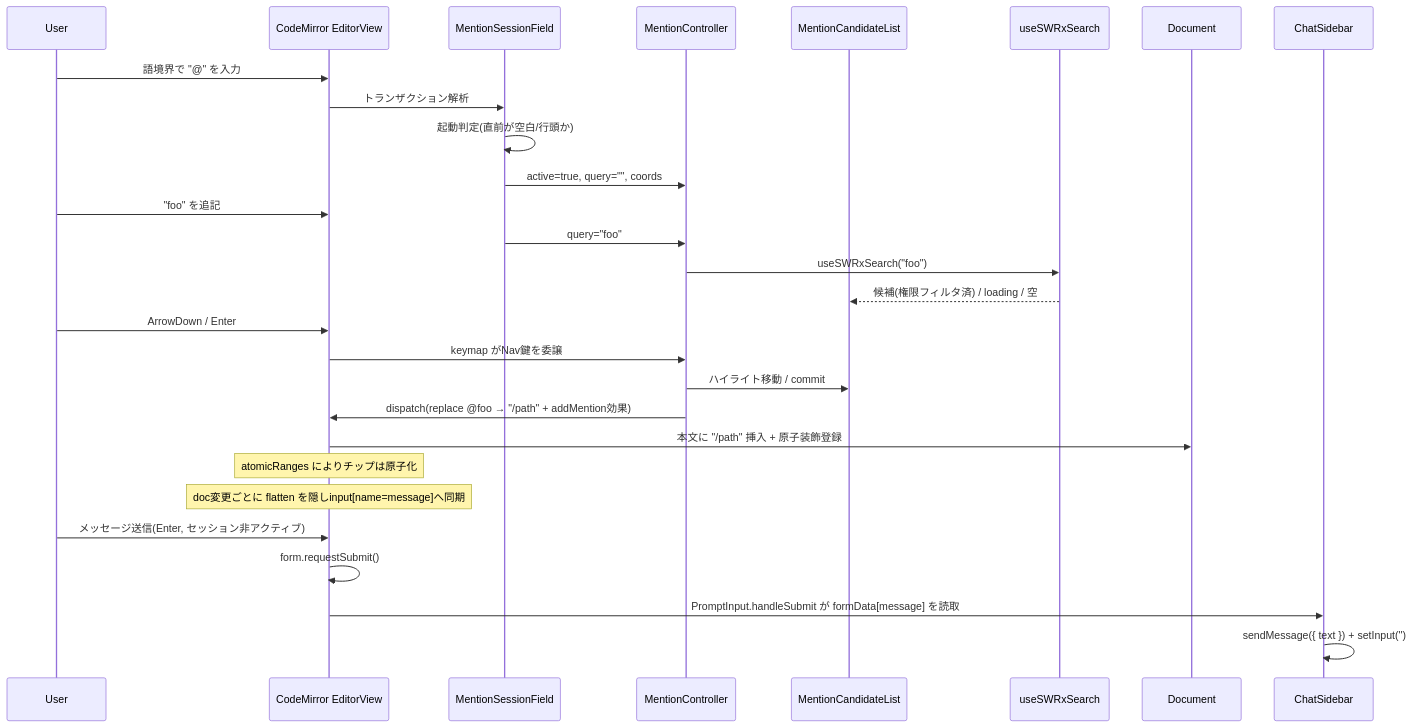
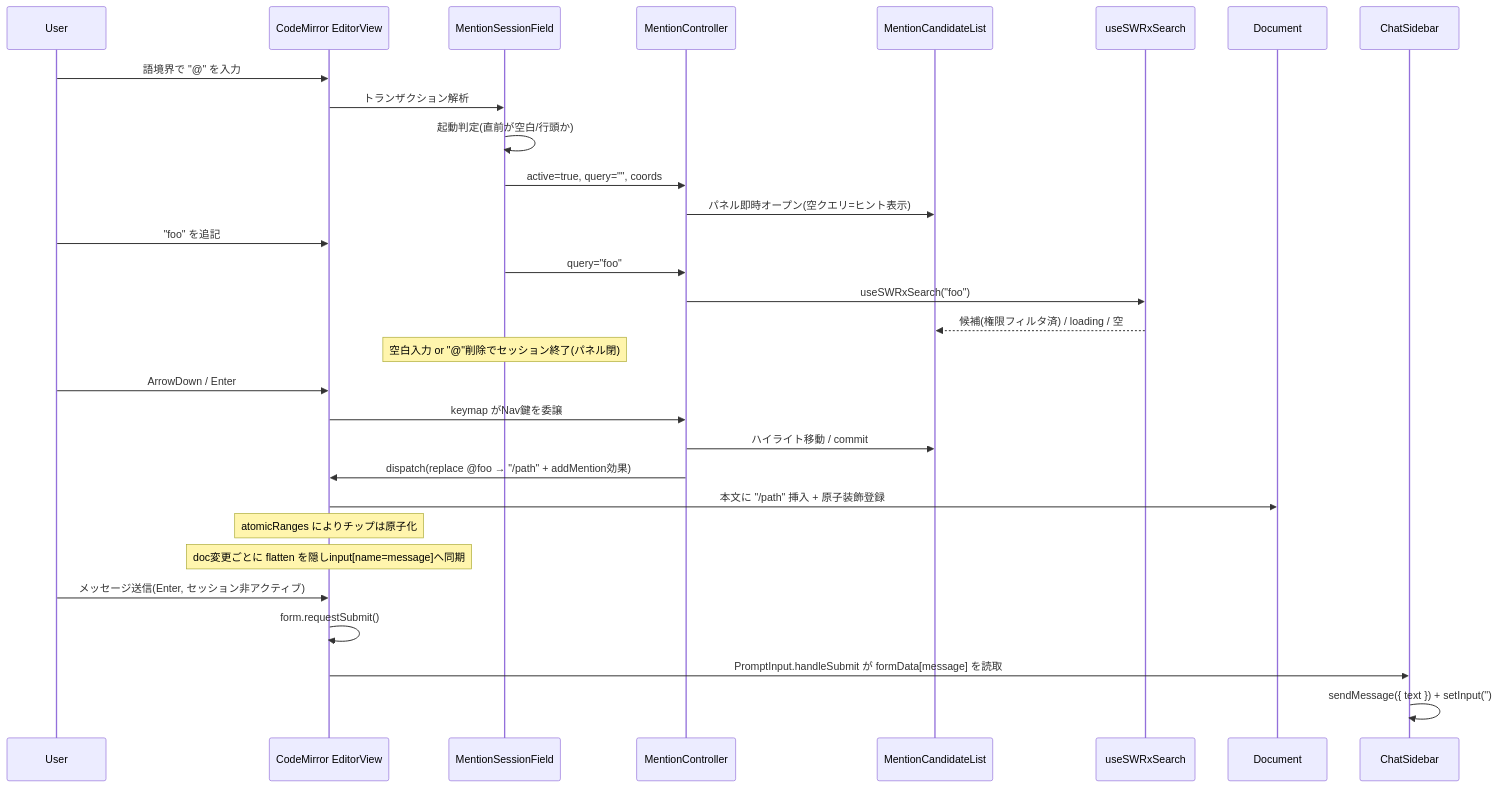
One commit to growilabs/growi changed the second of 2 diagrams in .kiro/specs/ai-chat-page-mention/design.md. Above: the diagram before and after it, drawn with Mermaid. The commit also changed other lines of this file and 2 other files, not shown here.

````diff
--- a/.kiro/specs/ai-chat-page-mention/design.md
+++ b/.kiro/specs/ai-chat-page-mention/design.md
@@ -133,30 +133,32 @@
 ```mermaid
 sequenceDiagram
     participant User
     participant Editor as CodeMirror EditorView
     participant Session as MentionSessionField
     participant Controller as MentionController
     participant List as MentionCandidateList
     participant Search as useSWRxSearch
     participant Doc as Document
 
     User->>Editor: 語境界で "@" を入力
     Editor->>Session: トランザクション解析
     Session->>Session: 起動判定(直前が空白/行頭か)
     Session->>Controller: active=true, query="", coords
+    Controller->>List: パネル即時オープン(空クエリ=ヒント表示)
     User->>Editor: "foo" を追記
     Session->>Controller: query="foo"
     Controller->>Search: useSWRxSearch("foo")
     Search-->>List: 候補(権限フィルタ済) / loading / 空
+    Note over Session: 空白入力 or "@"削除でセッション終了(パネル閉)
     User->>Editor: ArrowDown / Enter
     Editor->>Controller: keymap がNav鍵を委譲
     Controller->>List: ハイライト移動 / commit
     Controller->>Editor: dispatch(replace @foo → "/path" + addMention効果)
     Editor->>Doc: 本文に "/path" 挿入 + 原子装飾登録
     Note over Editor: atomicRanges によりチップは原子化
     Note over Editor: doc変更ごとに flatten を隠しinput[name=message]へ同期
     User->>Editor: メッセージ送信(Enter, セッション非アクティブ)
     Editor->>Editor: form.requestSubmit()
     Editor->>ChatSidebar: PromptInput.handleSubmit が formData[message] を読取
     ChatSidebar->>ChatSidebar: sendMessage({ text }) + setInput('')
 ```
````
